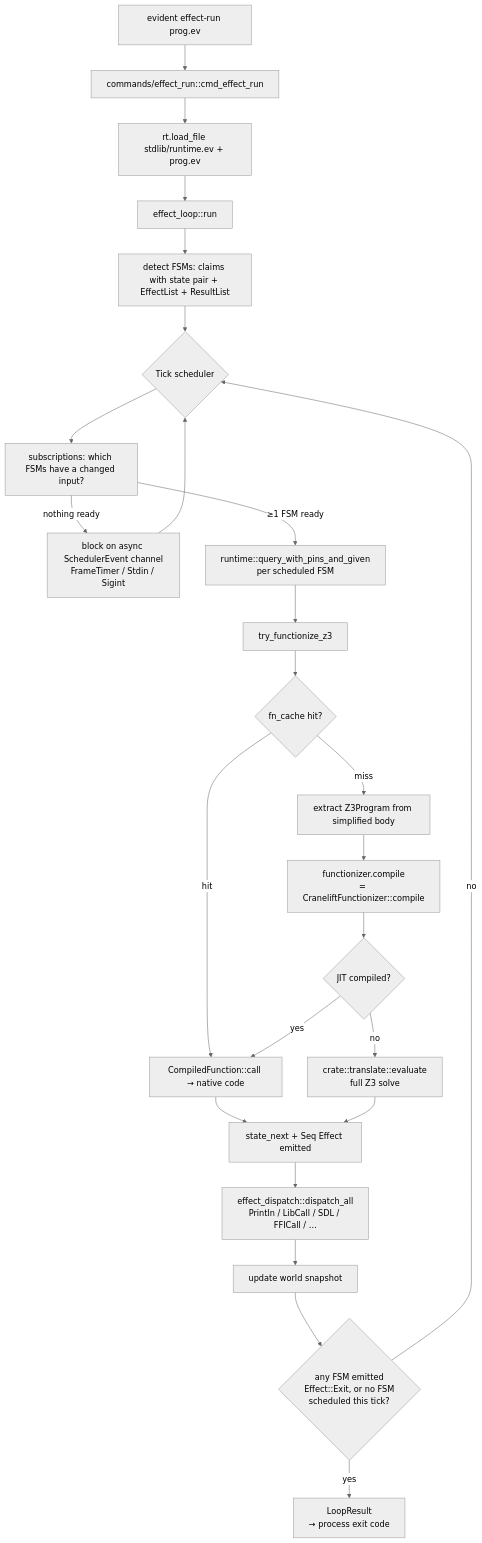
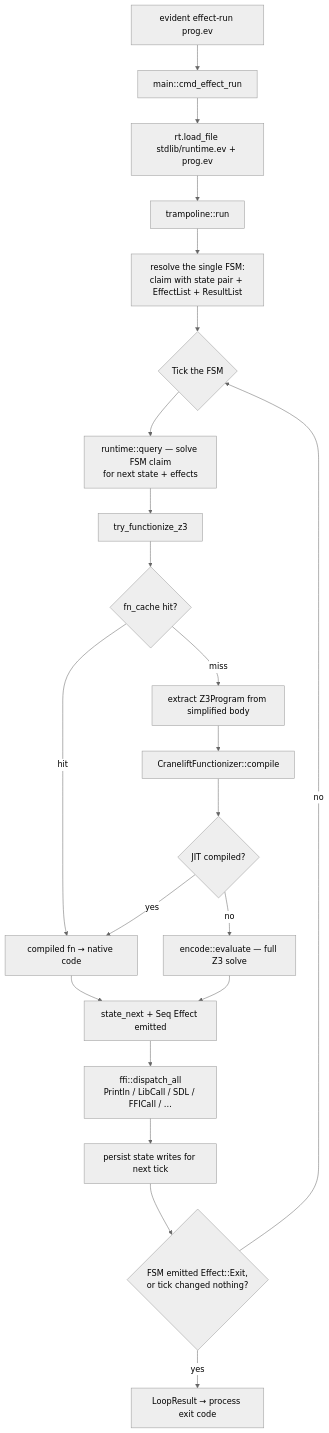
Before and after one commit to danroblewis/evident: the diagram in runtime/README.md, drawn with Mermaid (neutral theme). The commit also changed other lines of this file and 19 other files, not shown here.

First line of the commit message:
docs: reconcile to single-FSM reality; delete removed-machinery docs

````diff
--- a/runtime/README.md
+++ b/runtime/README.md
@@ -309,39 +66,35 @@
 ```mermaid
 flowchart TD
     CLI[evident effect-run prog.ev]
-    Run[commands/effect_run::cmd_effect_run]
+    Run[main::cmd_effect_run]
     Load[rt.load_file stdlib/runtime.ev + prog.ev]
-    Loop[effect_loop::run]
-    Detect[detect FSMs: claims with state pair + EffectList + ResultList]
-    Tick{Tick scheduler}
-    Sub[subscriptions: which FSMs have a changed input?]
-    Block[block on async SchedulerEvent channel<br/>FrameTimer / Stdin / Sigint]
-    Q[runtime::query_with_pins_and_given<br/>per scheduled FSM]
+    Loop[trampoline::run]
+    Detect[resolve the single FSM:<br/>claim with state pair + EffectList + ResultList]
+    Tick{Tick the FSM}
+    Q[runtime::query — solve FSM claim<br/>for next state + effects]
     TFZ[try_functionize_z3]
     Cache{fn_cache hit?}
-    Compiled[CompiledFunction::call → native code]
+    Compiled[compiled fn → native code]
     Extract[extract Z3Program from simplified body]
-    JIT[functionizer.compile<br/>= CraneliftFunctionizer::compile]
+    JIT[CraneliftFunctionizer::compile]
     JitOK{JIT compiled?}
-    Slow[crate::translate::evaluate<br/>full Z3 solve]
+    Slow[encode::evaluate — full Z3 solve]
     Out[state_next + Seq Effect emitted]
-    Disp[effect_dispatch::dispatch_all<br/>Println / LibCall / SDL / FFICall / …]
-    World[update world snapshot]
-    Halt{any FSM emitted<br/>Effect::Exit, or no FSM<br/>scheduled this tick?}
-    Done[LoopResult<br/>→ process exit code]
+    Disp[ffi::dispatch_all<br/>Println / LibCall / SDL / FFICall / …]
+    Persist[persist state writes for next tick]
+    Halt{FSM emitted Effect::Exit,<br/>or tick changed nothing?}
+    Done[LoopResult → process exit code]
 
     CLI --> Run --> Load --> Loop --> Detect --> Tick
-    Tick --> Sub
-    Sub -- nothing ready --> Block --> Tick
-    Sub -- ≥1 FSM ready --> Q
+    Tick --> Q
     Q --> TFZ --> Cache
     Cache -- hit --> Compiled
     Cache -- miss --> Extract --> JIT --> JitOK
     JitOK -- yes --> Compiled
     JitOK -- no --> Slow
     Compiled --> Out
     Slow --> Out
-    Out --> Disp --> World --> Halt
+    Out --> Disp --> Persist --> Halt
     Halt -- no --> Tick
     Halt -- yes --> Done
 ```
````
